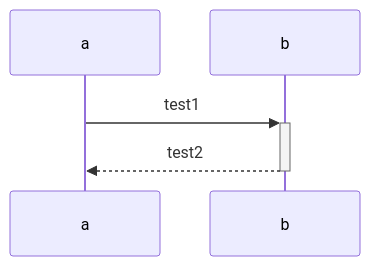
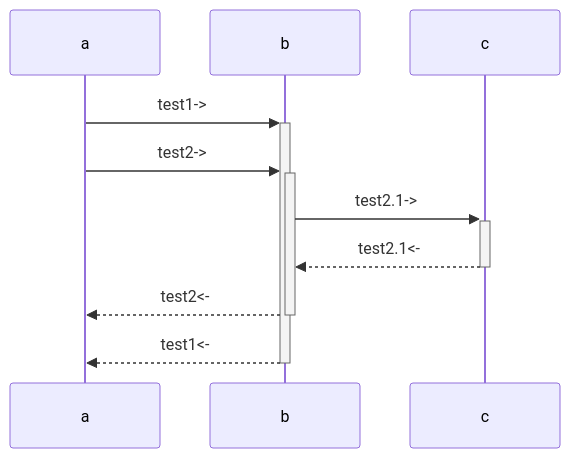
Before and after one commit to norven63/MyObsidian: the third of 3 diagrams in 13沉淀笔记/MarkDown流程图示例.md, drawn with Mermaid.

Commit message:
auto commit

````diff
--- a/13沉淀笔记/MarkDown流程图示例.md
+++ b/13沉淀笔记/MarkDown流程图示例.md
@@ -22,5 +22,9 @@
 ```mermaid
 sequenceDiagram
-	a ->> +b: test1
-	b -->> -a: test2
+	a->>+b:test1->
+	a->>+b:test2->
+	b->>+c:test2.1->
+	c-->>-b:test2.1<-
+	b-->>-a:test2<-
+	b-->>-a:test1<-
 ```
````
